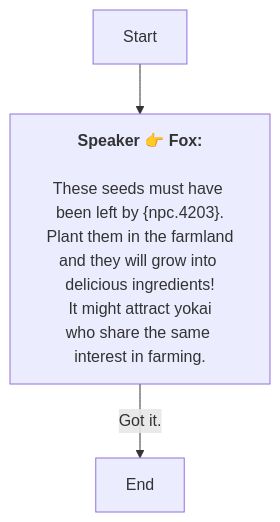
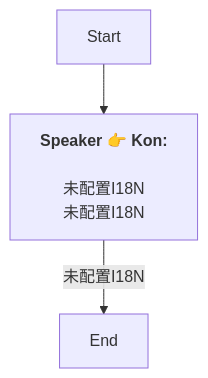
The diagram in En/QuestStartTalkENode_1750222871049510.md (SoftHu/tos_avg), drawn with Mermaid before and after one commit. The commit also changed 730 other files, not shown here.

````diff
--- a/En/QuestStartTalkENode_1750222871049510.md
+++ b/En/QuestStartTalkENode_1750222871049510.md
@@ -1,10 +1,7 @@
 ```mermaid
 graph
-Start -->1750223292097833[<b>Speaker 👉 Fox:</b>
-\nThese seeds must have been left by &lbrace;npc.4203&rbrace;.
-Plant them in the farmland
-and they will grow into delicious ingredients!\nIt might attract yokai
-who share the same interest in farming.]
-1750223292097833 -->|Got it.|1750223591105838[End]
+Start -->1750223292097833[<b>Speaker 👉 Kon:</b>
+\n未配置I18N\n未配置I18N]
+1750223292097833 -->|未配置I18N|1750223591105838[End]
 
 ```
````
